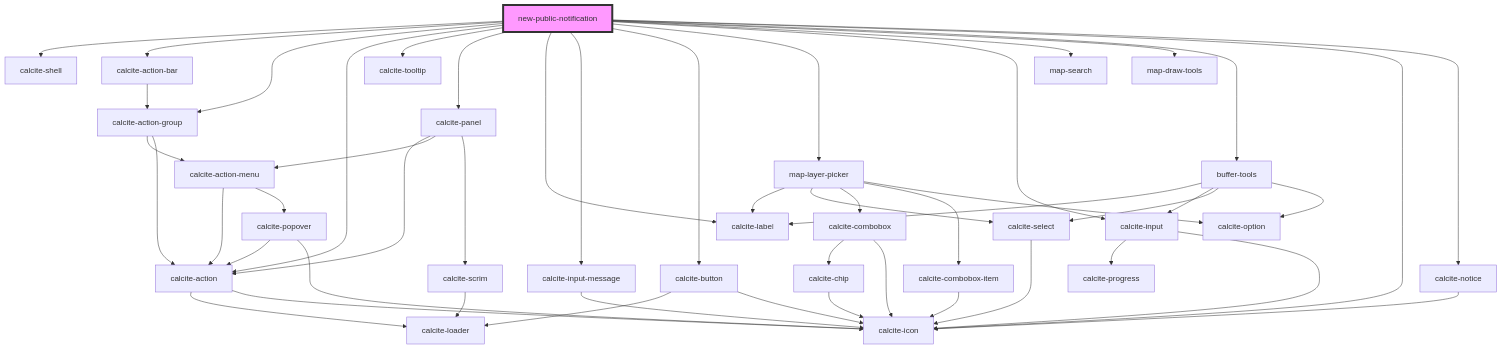
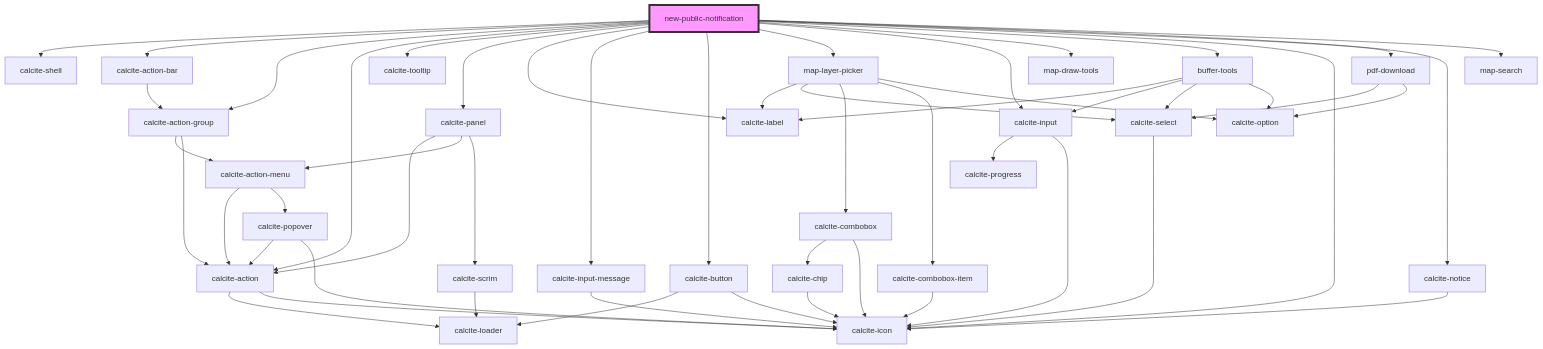
The diagram in src/components/new-public-notification/readme.md (Esri/solutions-components), drawn with Mermaid before and after one commit. The commit also changed other lines of this file and 5 other files, not shown here.

````diff
--- a/src/components/new-public-notification/readme.md
+++ b/src/components/new-public-notification/readme.md
@@ -39,53 +40,56 @@
 ```mermaid
 graph TD;
   new-public-notification --> calcite-shell
   new-public-notification --> calcite-action-bar
   new-public-notification --> calcite-action-group
   new-public-notification --> calcite-action
   new-public-notification --> calcite-tooltip
   new-public-notification --> calcite-panel
   new-public-notification --> calcite-label
   new-public-notification --> calcite-input-message
   new-public-notification --> calcite-button
   new-public-notification --> map-layer-picker
   new-public-notification --> calcite-input
-  new-public-notification --> map-search
   new-public-notification --> map-draw-tools
   new-public-notification --> buffer-tools
   new-public-notification --> calcite-icon
+  new-public-notification --> pdf-download
   new-public-notification --> calcite-notice
+  new-public-notification --> map-search
   calcite-action-bar --> calcite-action-group
   calcite-action-group --> calcite-action-menu
   calcite-action-group --> calcite-action
   calcite-action-menu --> calcite-action
   calcite-action-menu --> calcite-popover
   calcite-action --> calcite-loader
   calcite-action --> calcite-icon
   calcite-popover --> calcite-action
   calcite-popover --> calcite-icon
   calcite-panel --> calcite-action
   calcite-panel --> calcite-action-menu
   calcite-panel --> calcite-scrim
   calcite-scrim --> calcite-loader
   calcite-input-message --> calcite-icon
   calcite-button --> calcite-loader
   calcite-button --> calcite-icon
   map-layer-picker --> calcite-label
   map-layer-picker --> calcite-select
   map-layer-picker --> calcite-combobox
   map-layer-picker --> calcite-combobox-item
   map-layer-picker --> calcite-option
   calcite-select --> calcite-icon
   calcite-combobox --> calcite-chip
   calcite-combobox --> calcite-icon
   calcite-chip --> calcite-icon
   calcite-combobox-item --> calcite-icon
   calcite-input --> calcite-progress
   calcite-input --> calcite-icon
   buffer-tools --> calcite-label
   buffer-tools --> calcite-input
   buffer-tools --> calcite-select
   buffer-tools --> calcite-option
+  pdf-download --> calcite-select
+  pdf-download --> calcite-option
   calcite-notice --> calcite-icon
   style new-public-notification fill:#f9f,stroke:#333,stroke-width:4px
 ```
````
